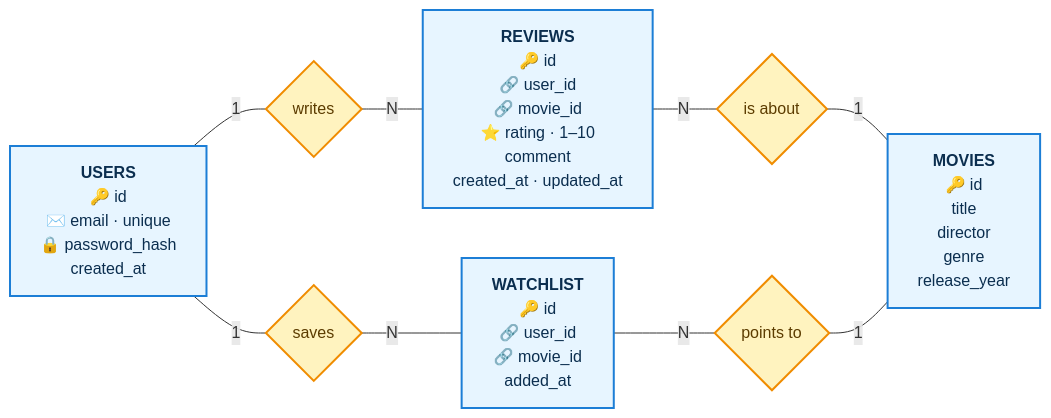
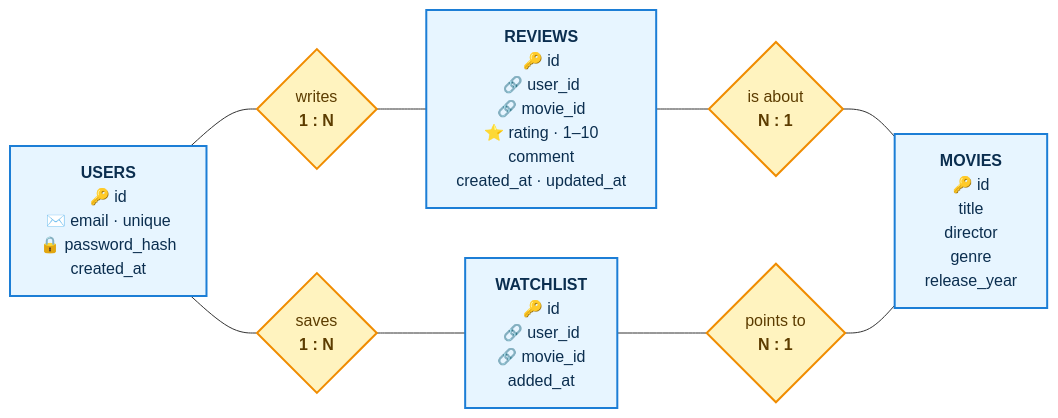
Before and after one commit to eliassjoholm/fe25-filmrecension: the diagram in README.md, drawn with Mermaid. The commit also changed other lines of this file, not shown here.

Commit message:
Show cardinality inside the ER diagram relationships

````diff
--- a/README.md
+++ b/README.md
@@ -178,22 +178,22 @@
 ```mermaid
 flowchart LR
     U["<b>USERS</b><br/>🔑 id<br/>✉️ email · unique<br/>🔒 password_hash<br/>created_at"]
     M["<b>MOVIES</b><br/>🔑 id<br/>title<br/>director<br/>genre<br/>release_year"]
     R["<b>REVIEWS</b><br/>🔑 id<br/>🔗 user_id<br/>🔗 movie_id<br/>⭐ rating · 1–10<br/>comment<br/>created_at · updated_at"]
     W["<b>WATCHLIST</b><br/>🔑 id<br/>🔗 user_id<br/>🔗 movie_id<br/>added_at"]
 
-    writes{"writes"}
-    about{"is about"}
-    saves{"saves"}
-    points{"points to"}
+    writes{"writes<br/><b>1 : N</b>"}
+    about{"is about<br/><b>N : 1</b>"}
+    saves{"saves<br/><b>1 : N</b>"}
+    points{"points to<br/><b>N : 1</b>"}
 
-    U ---|1| writes ---|N| R
-    R ---|N| about ---|1| M
-    U ---|1| saves ---|N| W
-    W ---|N| points ---|1| M
+    U --- writes --- R
+    R --- about --- M
+    U --- saves --- W
+    W --- points --- M
 
     classDef entity fill:#e7f5ff,stroke:#1c7ed6,stroke-width:2px,color:#0b2e4f
     classDef relation fill:#fff3bf,stroke:#f08c00,stroke-width:2px,color:#5c3c00
     class U,M,R,W entity
     class writes,about,saves,points relation
 ```
````
